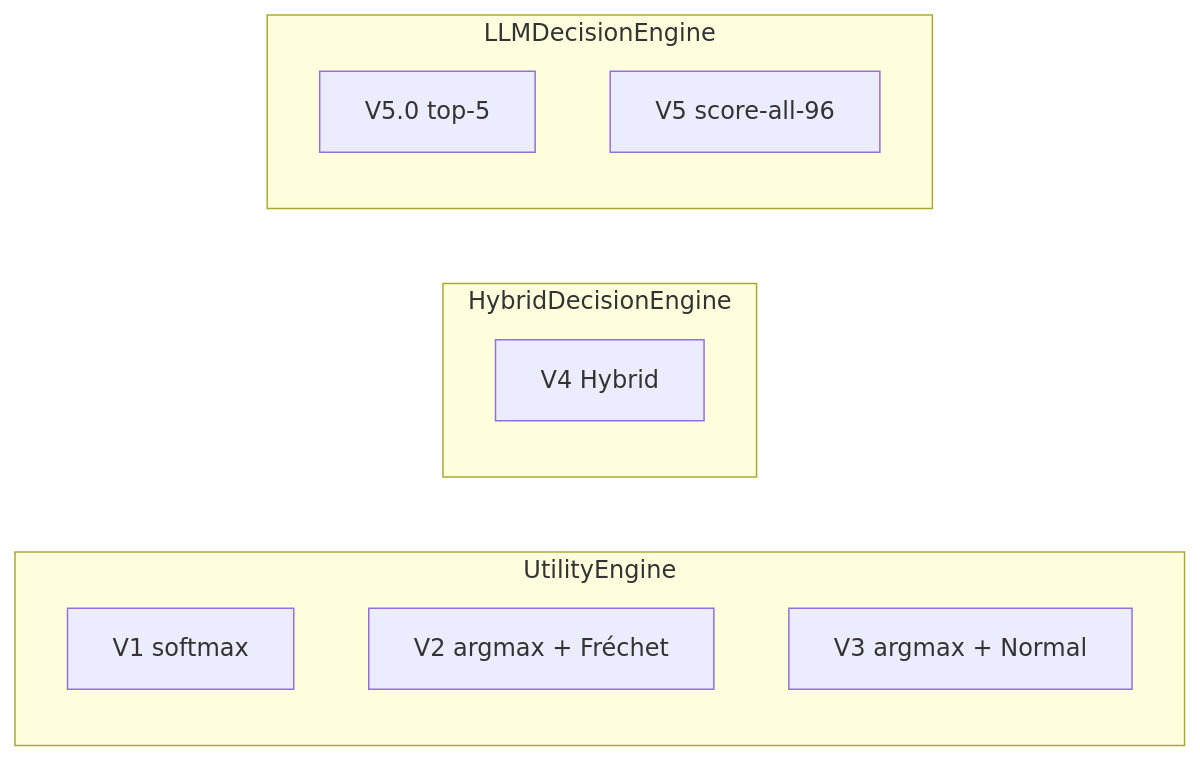
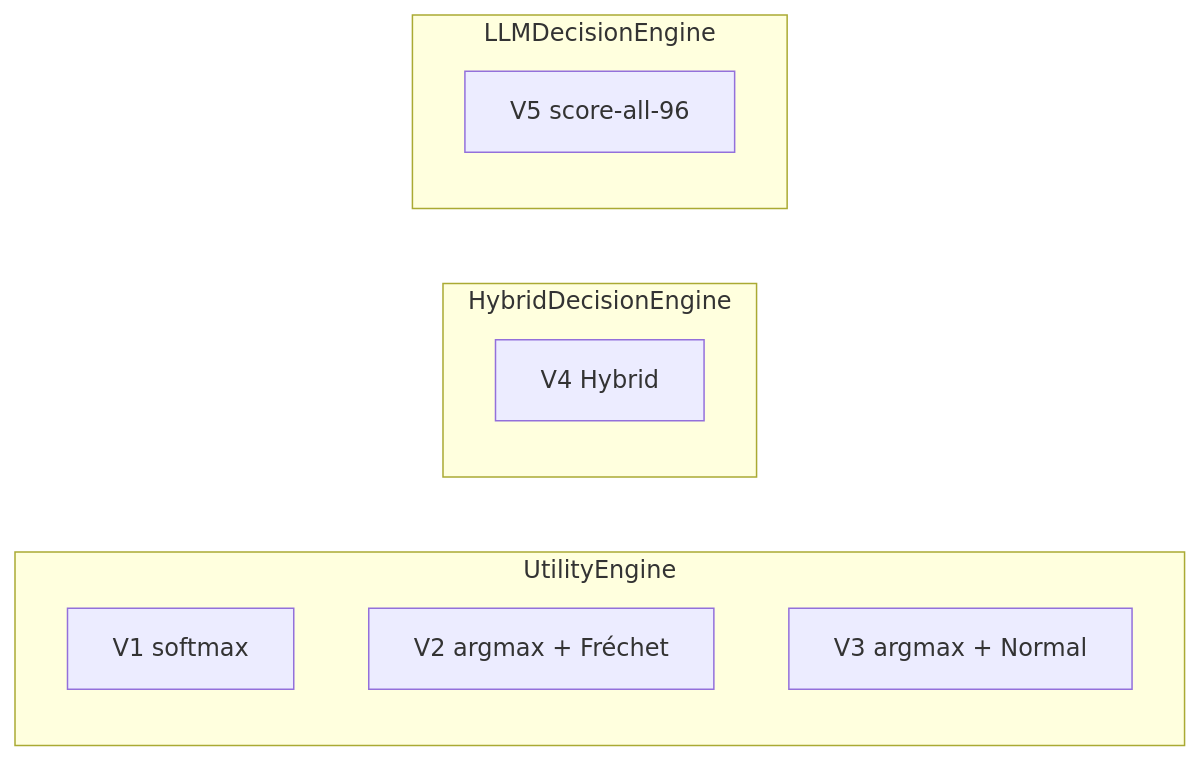
One commit to MASE-eLab/agent-urban-planning changed the diagram in docs/concepts/decision_engines.md. Above: the diagram before and after it, drawn with Mermaid. The commit also changed other lines of this file and 12 other files, not shown here.

````diff
--- a/docs/concepts/decision_engines.md
+++ b/docs/concepts/decision_engines.md
@@ -19,15 +19,14 @@
 ```{mermaid}
 flowchart LR
     subgraph V1V2V3 ["UtilityEngine"]
         v1[V1 softmax]
         v2[V2 argmax + Fréchet]
         v3[V3 argmax + Normal]
     end
     subgraph V4B ["HybridDecisionEngine"]
         v4[V4 Hybrid]
     end
-    subgraph V54 ["LLMDecisionEngine"]
-        v50[V5.0 top-5]
-        v54[V5 score-all-96]
+    subgraph V5G ["LLMDecisionEngine"]
+        v5[V5 score-all-96]
     end
 ```
````
